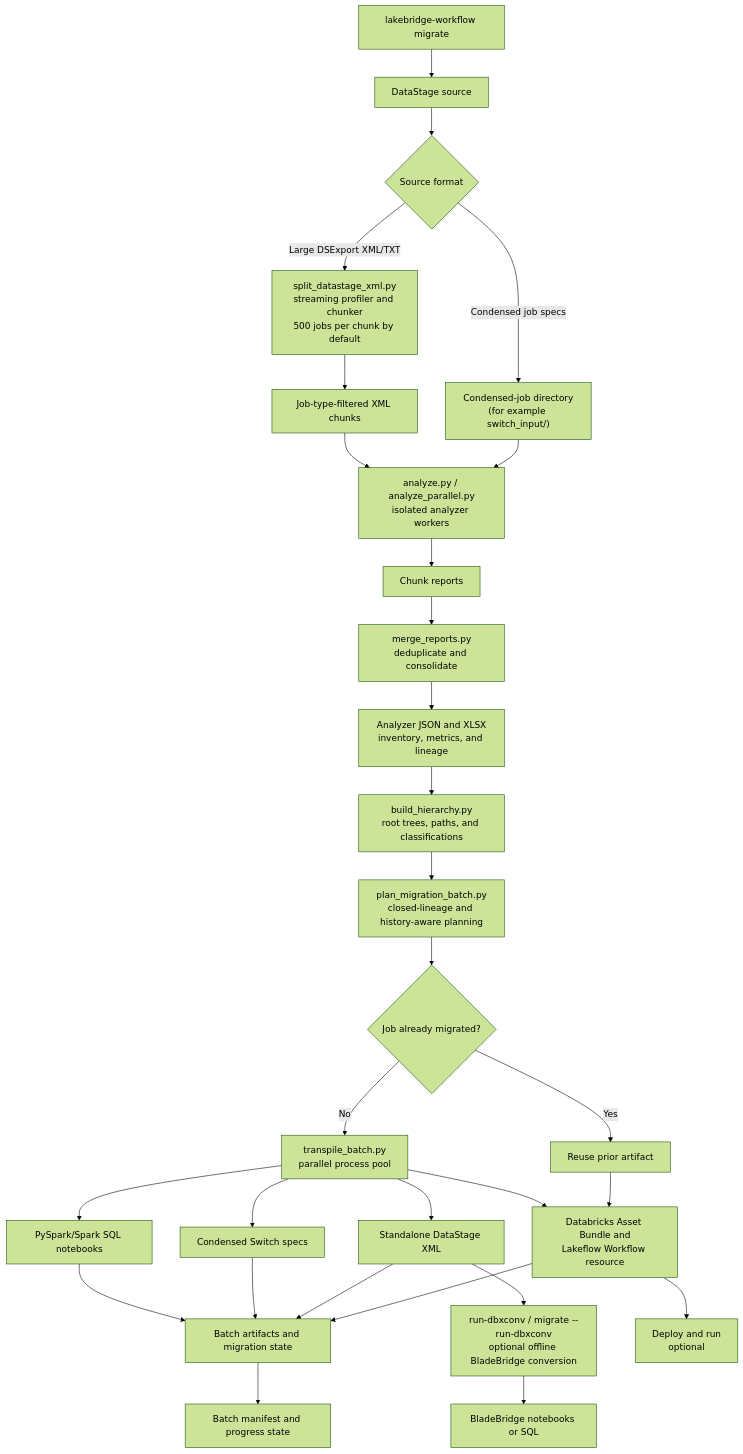
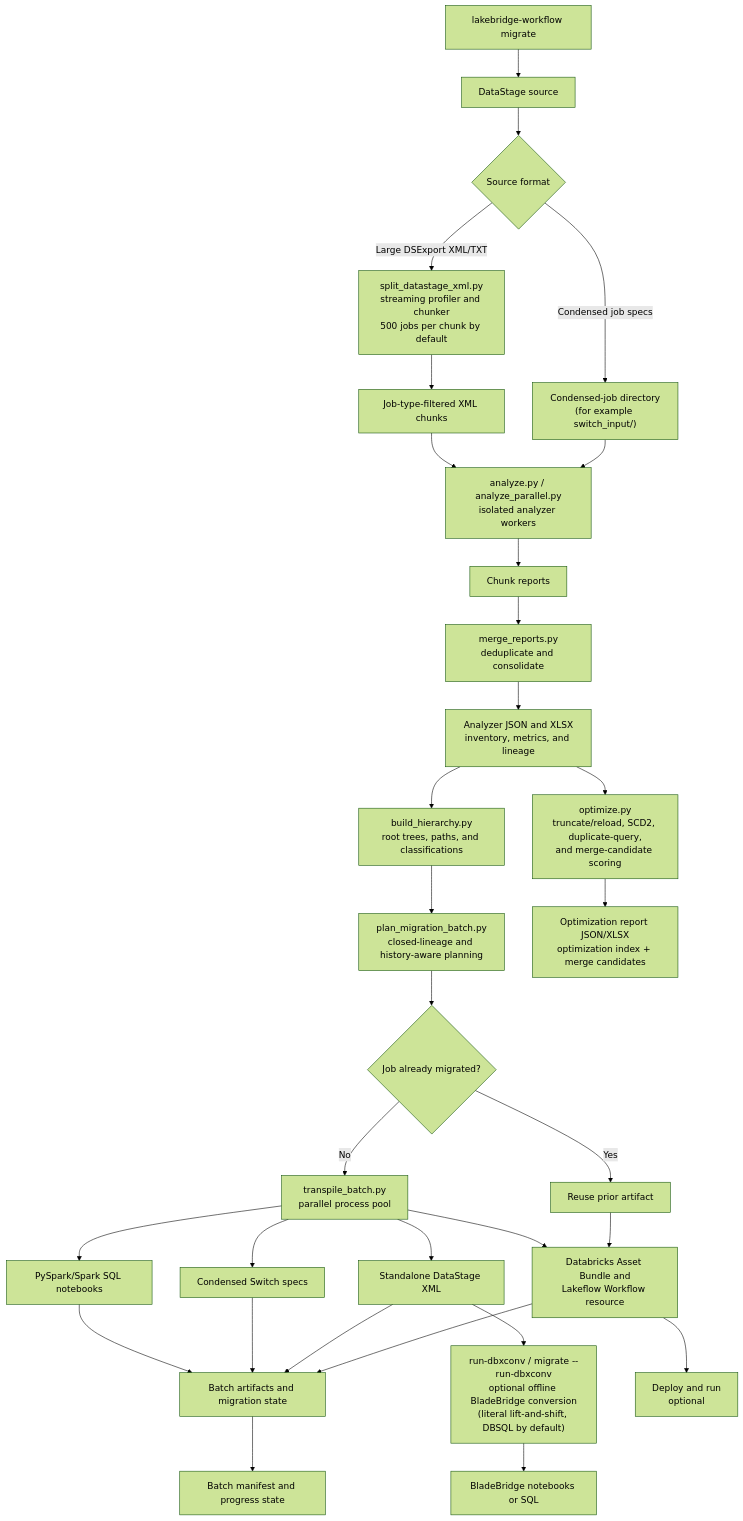
One commit to rwforest/Retail-Store-Data-Modeling-and-Analysis-using-DataStage changed the diagram in migration/lakebridge_workflow/README.md. Above: the diagram before and after it, drawn with Mermaid (forest theme). The commit also changed other lines of this file and 10 other files, not shown here.

First line of the commit message:
Add optimization scoring pass; default dbxconv to DBSQL

````diff
--- a/migration/lakebridge_workflow/README.md
+++ b/migration/lakebridge_workflow/README.md
@@ -19,40 +19,42 @@
 ```mermaid
 flowchart TD
     CMD["lakebridge-workflow migrate"] --> A["DataStage source"]
     A --> B{"Source format"}
     B -->|"Large DSExport XML/TXT"| C["split_datastage_xml.py<br/>streaming profiler and chunker<br/>500 jobs per chunk by default"]
     B -->|"Condensed job specs"| D["Condensed-job directory<br/>(for example switch_input/)"]
 
     C --> E["Job-type-filtered XML chunks"]
     E --> F["analyze.py / analyze_parallel.py<br/>isolated analyzer workers"]
     D --> F
 
     F --> G["Chunk reports"]
     G --> H["merge_reports.py<br/>deduplicate and consolidate"]
 
     H --> I["Analyzer JSON and XLSX<br/>inventory, metrics, and lineage"]
     I --> J["build_hierarchy.py<br/>root trees, paths, and classifications"]
+    I --> J2["optimize.py<br/>truncate/reload, SCD2, duplicate-query,<br/>and merge-candidate scoring"]
 
     J --> K["plan_migration_batch.py<br/>closed-lineage and history-aware planning"]
     K --> L{"Job already migrated?"}
 
     L -->|"No"| M["transpile_batch.py<br/>parallel process pool"]
     L -->|"Yes"| N["Reuse prior artifact"]
 
     M --> O["PySpark/Spark SQL notebooks"]
     M --> P["Condensed Switch specs"]
     M --> Q["Standalone DataStage XML"]
     M --> R["Databricks Asset Bundle and<br/>Lakeflow Workflow resource"]
 
     N --> R
     O --> S["Batch artifacts and migration state"]
     P --> S
     Q --> S
     R --> S
 
-    Q --> T["run-dbxconv / migrate --run-dbxconv<br/>optional offline BladeBridge conversion"]
+    Q --> T["run-dbxconv / migrate --run-dbxconv<br/>optional offline BladeBridge conversion<br/>(literal lift-and-shift, DBSQL by default)"]
     T --> U["BladeBridge notebooks or SQL"]
 
     R --> V["Deploy and run<br/>optional"]
     S --> W["Batch manifest and progress state"]
+    J2 --> X["Optimization report JSON/XLSX<br/>optimization index + merge candidates"]
 ```
````
